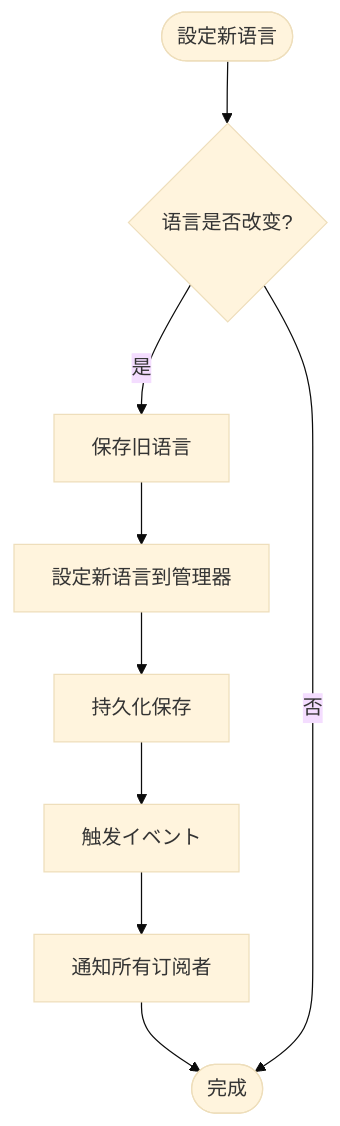
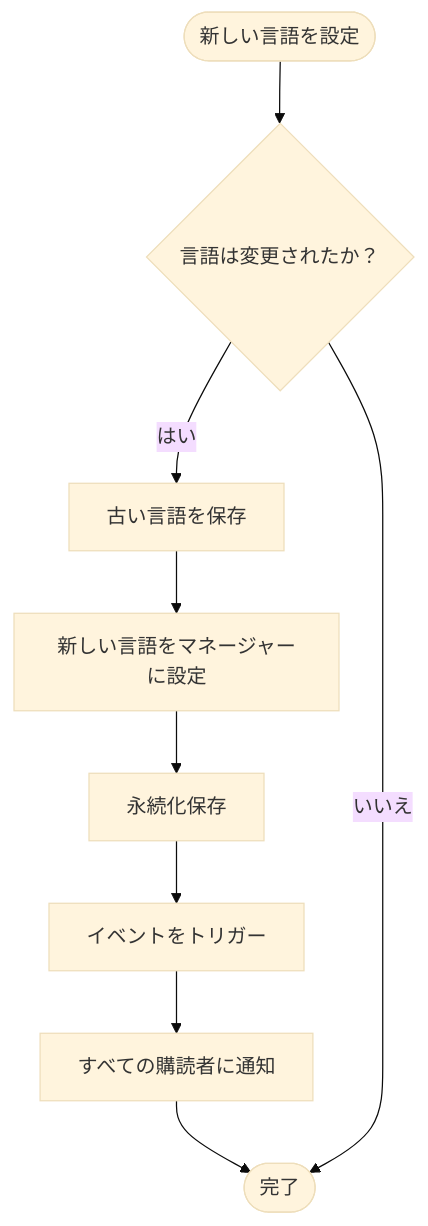
Before and after one commit to AlianBlank/GameFrameX.Docs: the fourth of 5 diagrams in docs/ja/client/unity/component/localization/01.overview.md, drawn with Mermaid (base theme). The commit also changed other lines of this file and 320 other files, not shown here.

````diff
--- a/docs/ja/client/unity/component/localization/01.overview.md
+++ b/docs/ja/client/unity/component/localization/01.overview.md
@@ -156,13 +156,13 @@
 ```mermaid
 flowchart TD
-    Start([設定新语言]) --> Check{语言是否改变?}
-    
-    Check -->|是| SaveOld[保存旧语言]
-    SaveOld --> SetNew[設定新语言到管理器]
-    SetNew --> Persist[持久化保存]
-    Persist --> Fire[触发イベント]
-    Fire --> Notify[通知所有订阅者]
-    Notify --> End([完成])
-    
-    Check -->|否| End
+    Start([新しい言語を設定]) --> Check{言語は変更されたか？}
+
+    Check -->|はい| SaveOld[古い言語を保存]
+    SaveOld --> SetNew[新しい言語をマネージャーに設定]
+    SetNew --> Persist[永続化保存]
+    Persist --> Fire[イベントをトリガー]
+    Fire --> Notify[すべての購読者に通知]
+    Notify --> End([完了])
+
+    Check -->|いいえ| End
 ```
````
